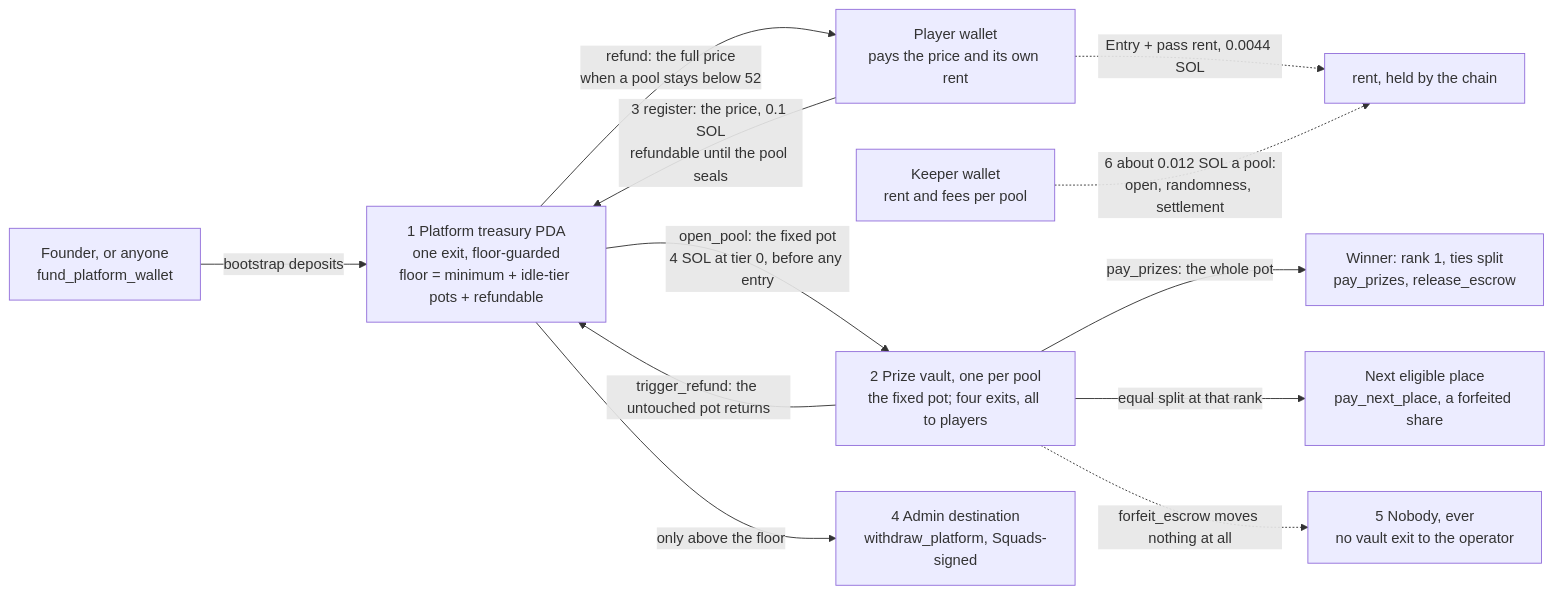
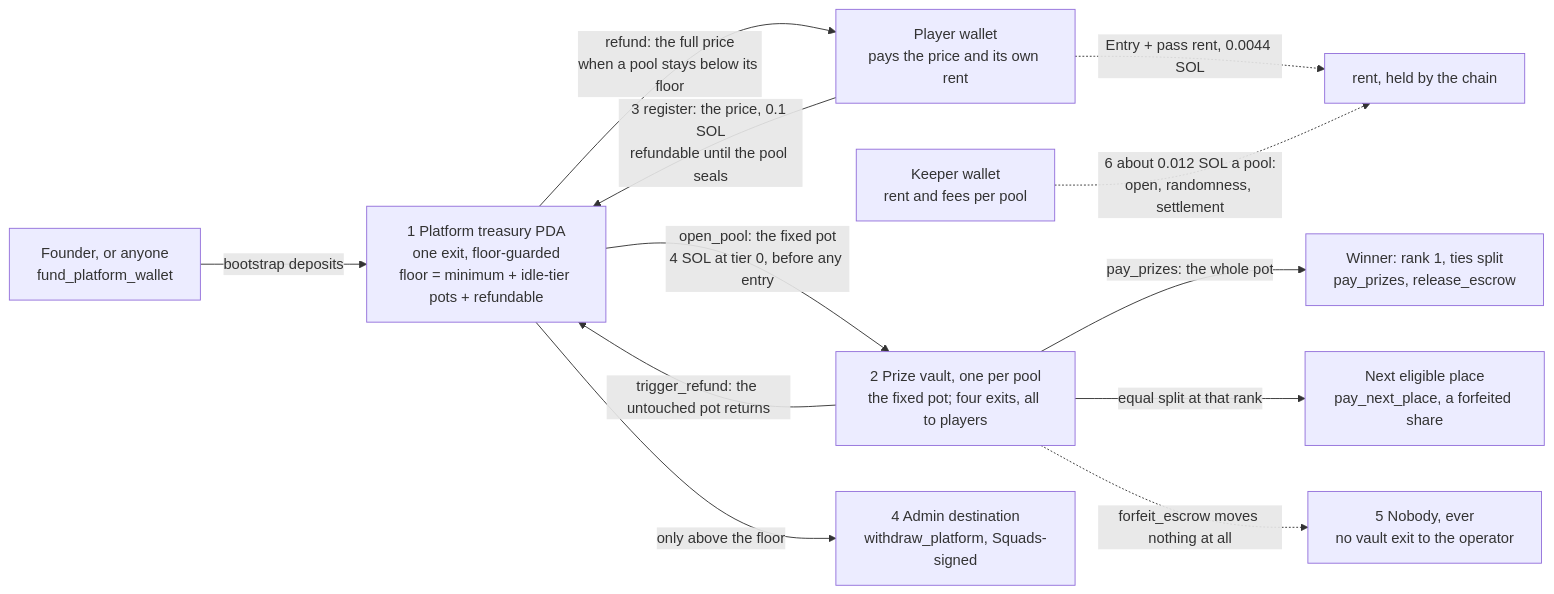
One commit to tomtblock/blotto changed the fifth of 7 diagrams in docs/ARCHITECTURE-DIAGRAMS.md. Above: the diagram before and after it, drawn with Mermaid. The commit also changed other lines of this file and 9 other files, not shown here.

````diff
--- a/docs/ARCHITECTURE-DIAGRAMS.md
+++ b/docs/ARCHITECTURE-DIAGRAMS.md
@@ -254,23 +257,23 @@
 ```mermaid
 flowchart LR
   FOUNDER["Founder, or anyone<br/>fund_platform_wallet"]
   PLAYER["Player wallet<br/>pays the price and its own rent"]
   KEEPER["Keeper wallet<br/>rent and fees per pool"]
   TREAS["1 Platform treasury PDA<br/>one exit, floor-guarded<br/>floor = minimum + idle-tier pots + refundable"]
   VAULT["2 Prize vault, one per pool<br/>the fixed pot; four exits, all to players"]
   ADMIN["4 Admin destination<br/>withdraw_platform, Squads-signed"]
   WINNER["Winner: rank 1, ties split<br/>pay_prizes, release_escrow"]
   NEXT["Next eligible place<br/>pay_next_place, a forfeited share"]
   NOBODY["5 Nobody, ever<br/>no vault exit to the operator"]
   FOUNDER -- "bootstrap deposits" --> TREAS
   PLAYER -- "3 register: the price, 0.1 SOL<br/>refundable until the pool seals" --> TREAS
-  TREAS -- "refund: the full price<br/>when a pool stays below 52" --> PLAYER
+  TREAS -- "refund: the full price<br/>when a pool stays below its floor" --> PLAYER
   TREAS -- "open_pool: the fixed pot<br/>4 SOL at tier 0, before any entry" --> VAULT
   VAULT -- "trigger_refund: the untouched pot returns" --> TREAS
   TREAS -- "only above the floor" --> ADMIN
   VAULT -- "pay_prizes: the whole pot" --> WINNER
   VAULT -- "equal split at that rank" --> NEXT
   VAULT -. "forfeit_escrow moves nothing at all" .-> NOBODY
   PLAYER -. "Entry + pass rent, 0.0044 SOL" .-> CHAIN["rent, held by the chain"]
   KEEPER -. "6 about 0.012 SOL a pool:<br/>open, randomness, settlement" .-> CHAIN
 ```
````
